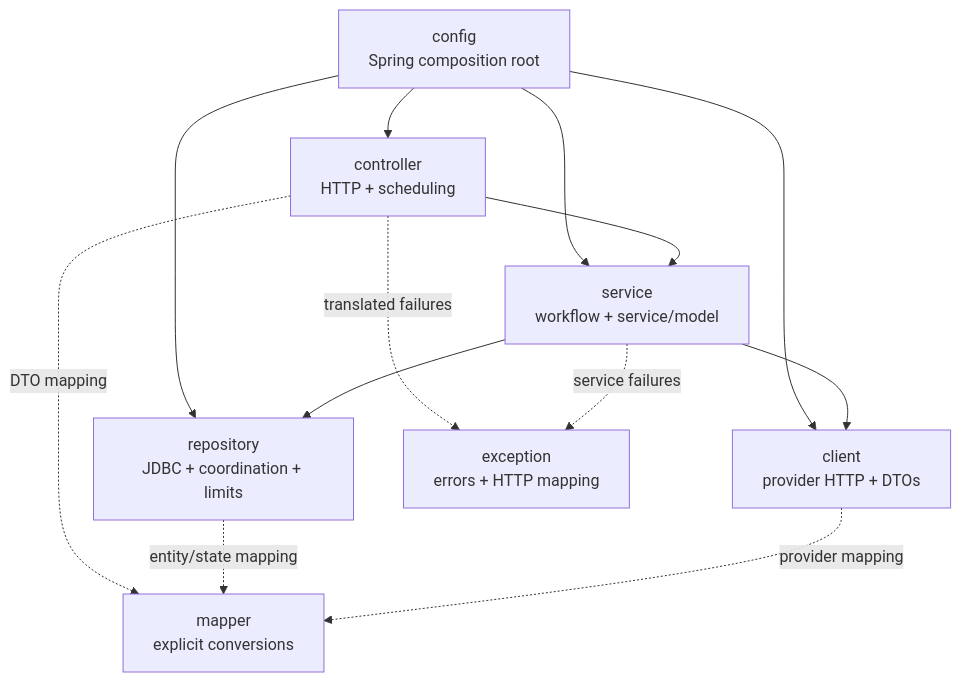
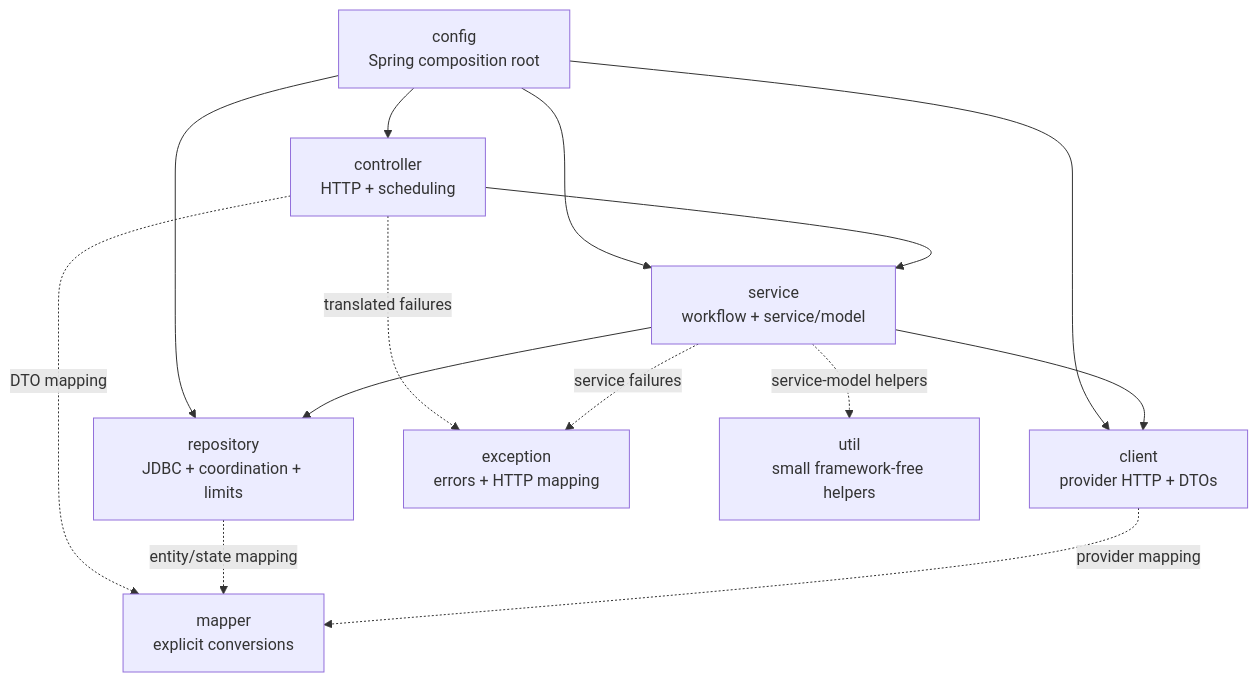
Before and after one commit to migangdelzar/company-check-workspace: the first of 5 diagrams in docs/architecture/runtime-architecture.md, drawn with Mermaid. The commit also changed other lines of this file and 6 other files, not shown here.

Commit message:
docs: refresh layered architecture diagrams

````diff
--- a/docs/architecture/runtime-architecture.md
+++ b/docs/architecture/runtime-architecture.md
@@ -9,23 +9,25 @@
 ```mermaid
 flowchart TB
   Config[config\nSpring composition root]
   Controller[controller\nHTTP + scheduling]
   Service[service\nworkflow + service/model]
   Repository[repository\nJDBC + coordination + limits]
   Client[client\nprovider HTTP + DTOs]
   Mapper[mapper\nexplicit conversions]
   Exception[exception\nerrors + HTTP mapping]
+  Utility[util\nsmall framework-free helpers]
 
   Config --> Controller
   Config --> Service
   Config --> Repository
   Config --> Client
   Controller --> Service
   Service --> Repository
   Service --> Client
   Controller -. DTO mapping .-> Mapper
   Repository -. entity/state mapping .-> Mapper
   Client -. provider mapping .-> Mapper
   Controller -. translated failures .-> Exception
   Service -. service failures .-> Exception
+  Service -. service-model helpers .-> Utility
 ```
````
